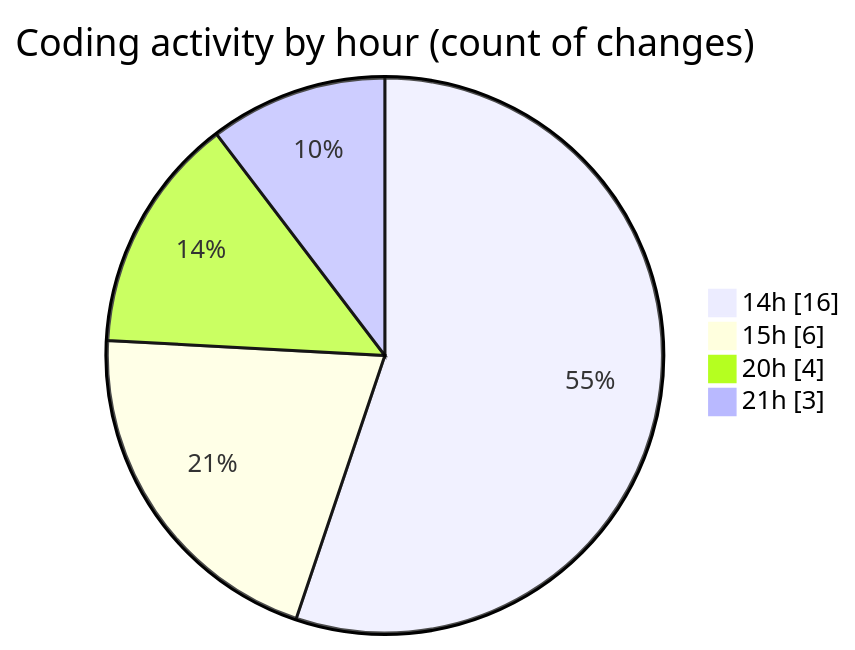
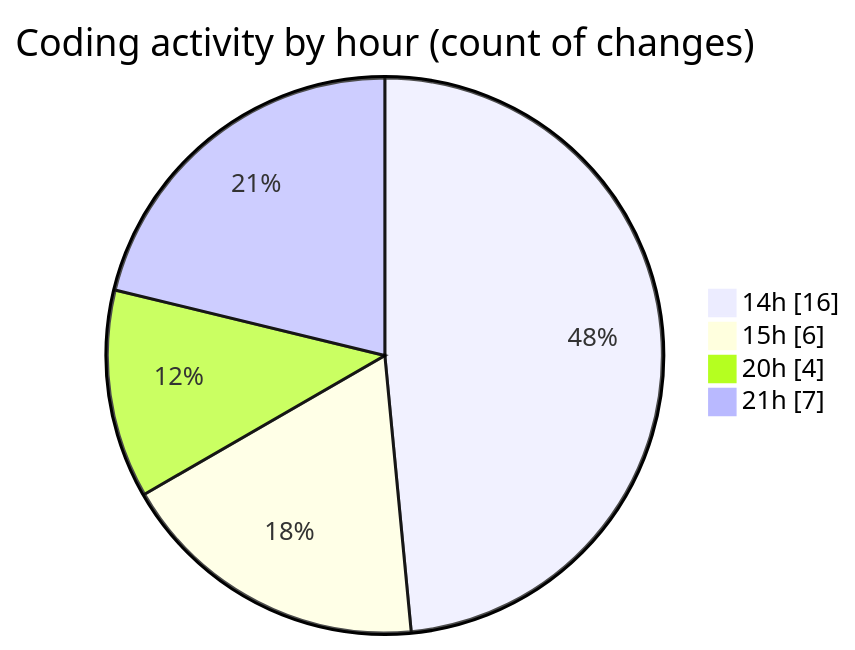
One commit to momahboobian/code-tracking changed the second of 2 diagrams in 2026-09-18/video-downloader/README.md. Above: the diagram before and after it, drawn with Mermaid. The commit also changed other lines of this file and 1 other file, not shown here.

````diff
--- a/2026-09-18/video-downloader/README.md
+++ b/2026-09-18/video-downloader/README.md
@@ -34,8 +36,8 @@
 ```mermaid
 pie showData
 title Coding activity by hour (count of changes)
 "14h" : 16
 "15h" : 6
 "20h" : 4
-"21h" : 3
+"21h" : 7
 ```
````
